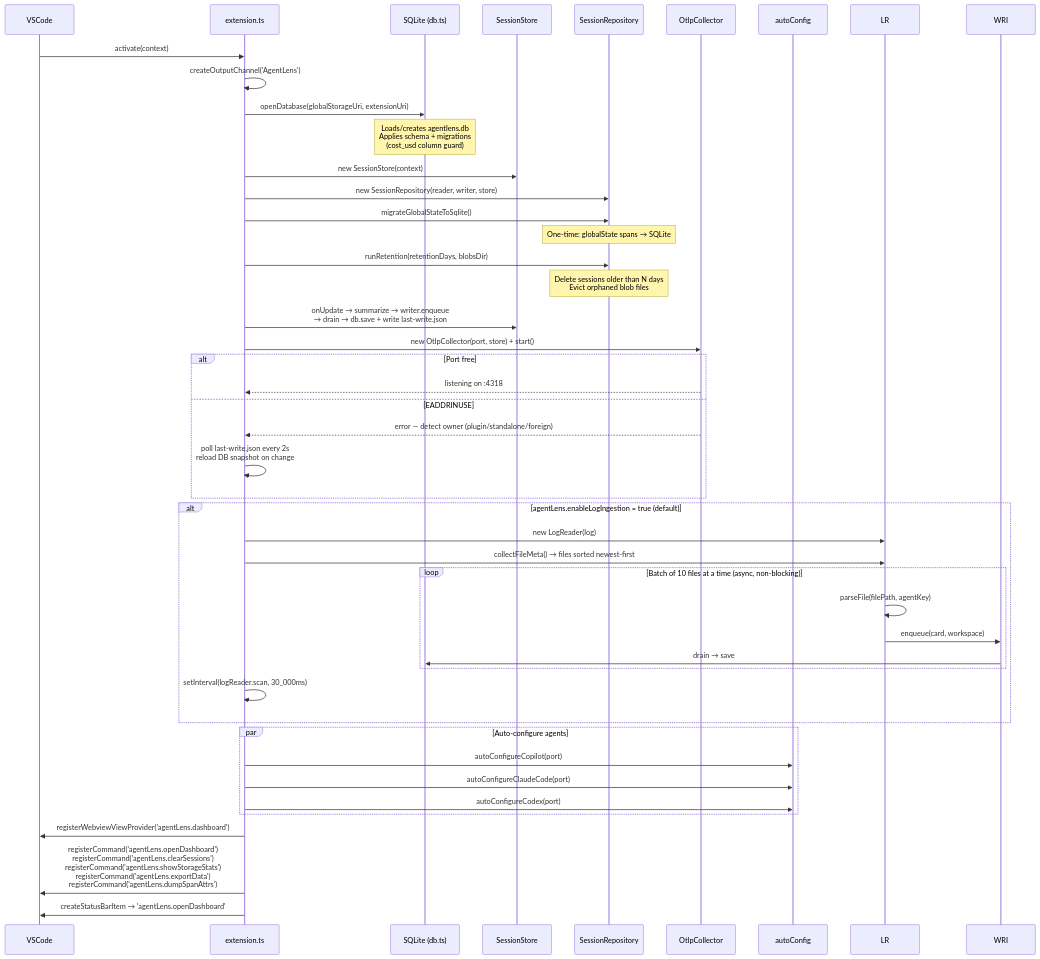
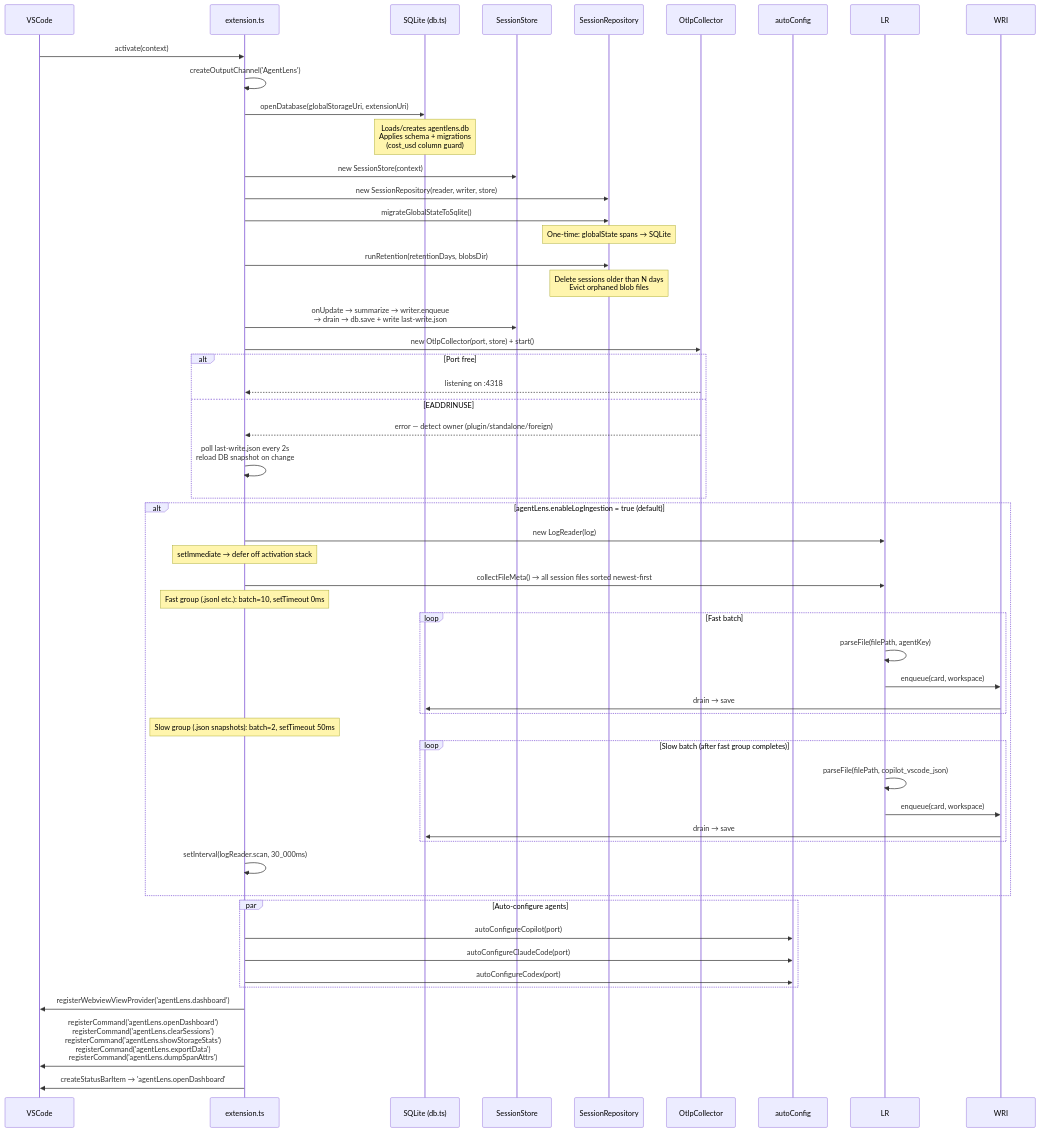
The second of 19 diagrams in ARCHITECTURE.md (RogerReed/agentlens), drawn with Mermaid before and after one commit. The commit also changed other lines of this file and 12 other files, not shown here.

````diff
--- a/ARCHITECTURE.md
+++ b/ARCHITECTURE.md
@@ -84,47 +86,55 @@
 ```mermaid
 sequenceDiagram
     participant VS as VSCode
     participant EXT as extension.ts
     participant DB as SQLite (db.ts)
     participant STO as SessionStore
     participant REPO as SessionRepository
     participant COL as OtlpCollector
     participant CFG as autoConfig
 
     VS->>EXT: activate(context)
     EXT->>EXT: createOutputChannel('AgentLens')
     EXT->>DB: openDatabase(globalStorageUri, extensionUri)
     Note over DB: Loads/creates agentlens.db<br/>Applies schema + migrations<br/>(cost_usd column guard)
     EXT->>STO: new SessionStore(context)
     EXT->>REPO: new SessionRepository(reader, writer, store)
     EXT->>REPO: migrateGlobalStateToSqlite()
     Note over REPO: One-time: globalState spans → SQLite
     EXT->>REPO: runRetention(retentionDays, blobsDir)
     Note over REPO: Delete sessions older than N days<br/>Evict orphaned blob files
     EXT->>STO: onUpdate → summarize → writer.enqueue<br/>→ drain → db.save + write last-write.json
     EXT->>COL: new OtlpCollector(port, store) + start()
     alt Port free
         COL-->>EXT: listening on :4318
     else EADDRINUSE
         COL-->>EXT: error — detect owner (plugin/standalone/foreign)
         EXT->>EXT: poll last-write.json every 2s<br/>reload DB snapshot on change
     end
     alt agentLens.enableLogIngestion = true (default)
         EXT->>LR: new LogReader(log)
-        EXT->>LR: collectFileMeta() → files sorted newest-first
-        loop Batch of 10 files at a time (async, non-blocking)
+        Note over EXT: setImmediate → defer off activation stack
+        EXT->>LR: collectFileMeta() → all session files sorted newest-first
+        Note over EXT: Fast group (.jsonl etc.): batch=10, setTimeout 0ms
+        loop Fast batch
             LR->>LR: parseFile(filePath, agentKey)
+            LR->>WRI: enqueue(card, workspace)
+            WRI->>DB: drain → save
+        end
+        Note over EXT: Slow group (.json snapshots): batch=2, setTimeout 50ms
+        loop Slow batch (after fast group completes)
+            LR->>LR: parseFile(filePath, copilot_vscode_json)
             LR->>WRI: enqueue(card, workspace)
             WRI->>DB: drain → save
         end
         EXT->>EXT: setInterval(logReader.scan, 30_000ms)
     end
     par Auto-configure agents
         EXT->>CFG: autoConfigureCopilot(port)
         EXT->>CFG: autoConfigureClaudeCode(port)
         EXT->>CFG: autoConfigureCodex(port)
     end
     EXT->>VS: registerWebviewViewProvider('agentLens.dashboard')
     EXT->>VS: registerCommand('agentLens.openDashboard')<br/>registerCommand('agentLens.clearSessions')<br/>registerCommand('agentLens.showStorageStats')<br/>registerCommand('agentLens.exportData')<br/>registerCommand('agentLens.dumpSpanAttrs')
     EXT->>VS: createStatusBarItem → 'agentLens.openDashboard'
 ```
````
